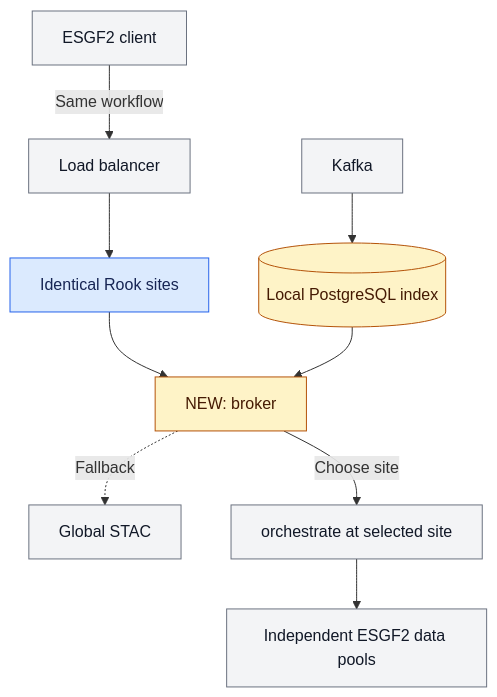
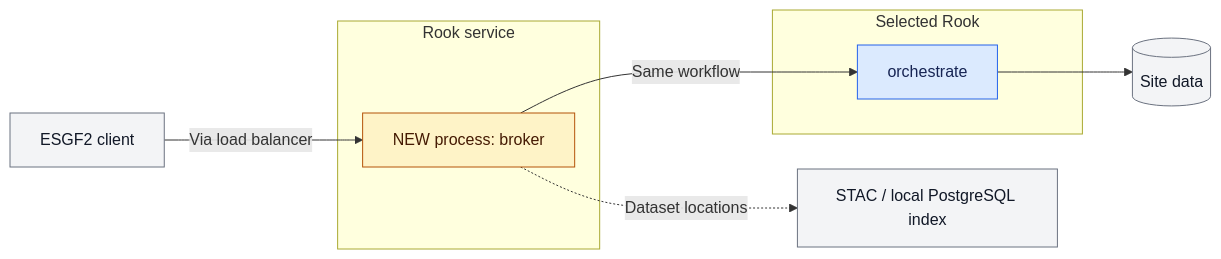
One commit to roocs/rook changed the third of 10 diagrams in Rook_WPS_ESGF2_talk_draft.md. Above: the diagram before and after it, drawn with Mermaid. The commit also changed other lines of this file and 2 other files, not shown here.

````diff
--- a/Rook_WPS_ESGF2_talk_draft.md
+++ b/Rook_WPS_ESGF2_talk_draft.md
@@ -131,17 +122,18 @@
 ```mermaid
-flowchart TD
-    Client["ESGF2 client"] -->|"Same workflow"| LB["Load balancer"]
-    LB --> Rook["Identical Rook sites"]
-    Rook --> Broker["NEW: broker"]
-    Kafka["Kafka"] --> Index[("Local PostgreSQL index")]
-    Index --> Broker
-    Broker -.->|"Fallback"| STAC["Global STAC"]
-    Broker -->|"Choose site"| Orchestrate["orchestrate at selected site"]
-    Orchestrate --> Data["Independent ESGF2 data pools"]
-
+flowchart LR
+    Client["ESGF2 client"] -->|"Via load balancer"| Broker
+    subgraph Rook["Rook service"]
+        Broker["NEW process: broker"]
+    end
+    subgraph Selected["Selected Rook"]
+        Orchestrate["orchestrate"]
+    end
+    Broker -->|"Same workflow"| Orchestrate
+    Orchestrate --> Data[("Site data")]
+    Broker -.->|"Dataset locations"| Lookup["STAC / local PostgreSQL index"]
     classDef default fill:#f3f4f6,stroke:#6b7280,color:#111827
     classDef rook fill:#dbeafe,stroke:#2563eb,color:#172554
-    class Rook rook
     classDef new fill:#fef3c7,stroke:#b45309,color:#451a03
-    class Broker,Index new
+    class Orchestrate rook
+    class Broker new
 ```
````
